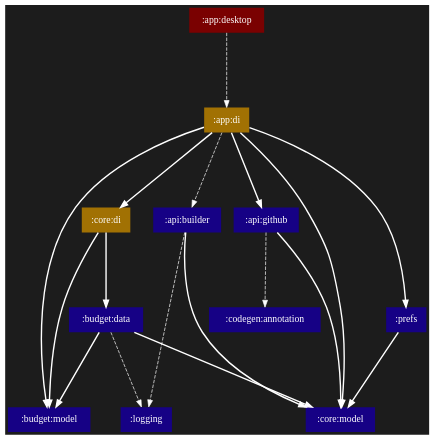
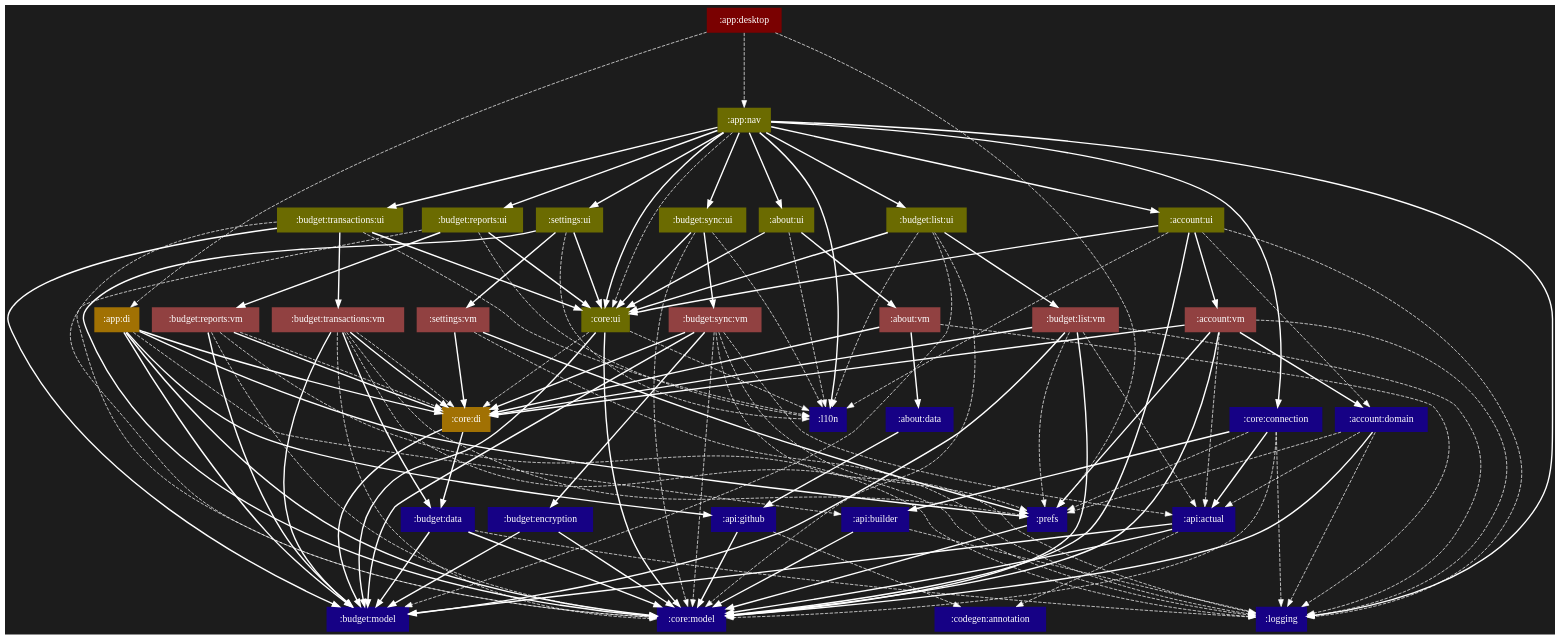
The diagram in app/desktop/atlas/chart.dot (jonapoul/aktual), drawn with Graphviz before and after one commit. The commit also changed 78 other files, not shown here.

```diff
--- a/app/desktop/atlas/chart.dot
+++ b/app/desktop/atlas/chart.dot
@@ -1,33 +1,156 @@
 digraph {
   edge [arrowhead="normal",color="white"]
   graph [layout="dot",bgcolor="#1c1c1c",rankdir="TB",ranksep="1.5"]
   node [shape="box",style="filled",fontcolor="white",color="transparent"]
+  ":about:data" [fillcolor="#160185"]
+  ":about:ui" [fillcolor="#6b6b01"]
+  ":about:vm" [fillcolor="#914141"]
+  ":account:domain" [fillcolor="#160185"]
+  ":account:ui" [fillcolor="#6b6b01"]
+  ":account:vm" [fillcolor="#914141"]
+  ":api:actual" [fillcolor="#160185"]
   ":api:builder" [fillcolor="#160185"]
   ":api:github" [fillcolor="#160185"]
   ":app:desktop" [fillcolor="#7a0101"]
   ":app:di" [fillcolor="#a17103"]
+  ":app:nav" [fillcolor="#6b6b01"]
   ":budget:data" [fillcolor="#160185"]
+  ":budget:encryption" [fillcolor="#160185"]
+  ":budget:list:ui" [fillcolor="#6b6b01"]
+  ":budget:list:vm" [fillcolor="#914141"]
   ":budget:model" [fillcolor="#160185"]
+  ":budget:reports:ui" [fillcolor="#6b6b01"]
+  ":budget:reports:vm" [fillcolor="#914141"]
+  ":budget:sync:ui" [fillcolor="#6b6b01"]
+  ":budget:sync:vm" [fillcolor="#914141"]
+  ":budget:transactions:ui" [fillcolor="#6b6b01"]
+  ":budget:transactions:vm" [fillcolor="#914141"]
   ":codegen:annotation" [fillcolor="#160185"]
+  ":core:connection" [fillcolor="#160185"]
   ":core:di" [fillcolor="#a17103"]
   ":core:model" [fillcolor="#160185"]
+  ":core:ui" [fillcolor="#6b6b01"]
+  ":l10n" [fillcolor="#160185"]
   ":logging" [fillcolor="#160185"]
   ":prefs" [fillcolor="#160185"]
+  ":settings:ui" [fillcolor="#6b6b01"]
+  ":settings:vm" [fillcolor="#914141"]
+  ":about:data" -> ":api:github" [style="bold"]
+  ":about:ui" -> ":about:vm" [style="bold"]
+  ":about:ui" -> ":core:ui" [style="bold"]
+  ":about:ui" -> ":l10n" [style="dashed"]
+  ":about:vm" -> ":about:data" [style="bold"]
+  ":about:vm" -> ":core:di" [style="bold"]
+  ":about:vm" -> ":logging" [style="dashed"]
+  ":account:domain" -> ":api:actual" [style="dashed"]
+  ":account:domain" -> ":core:model" [style="bold"]
+  ":account:domain" -> ":logging" [style="dashed"]
+  ":account:domain" -> ":prefs" [style="dashed"]
+  ":account:ui" -> ":account:domain" [style="dashed"]
+  ":account:ui" -> ":account:vm" [style="bold"]
+  ":account:ui" -> ":core:model" [style="bold"]
+  ":account:ui" -> ":core:ui" [style="bold"]
+  ":account:ui" -> ":l10n" [style="dashed"]
+  ":account:ui" -> ":logging" [style="dashed"]
+  ":account:vm" -> ":account:domain" [style="bold"]
+  ":account:vm" -> ":api:actual" [style="dashed"]
+  ":account:vm" -> ":core:di" [style="bold"]
+  ":account:vm" -> ":core:model" [style="bold"]
+  ":account:vm" -> ":logging" [style="dashed"]
+  ":account:vm" -> ":prefs" [style="bold"]
+  ":api:actual" -> ":budget:model" [style="bold"]
+  ":api:actual" -> ":codegen:annotation" [style="dashed"]
+  ":api:actual" -> ":core:model" [style="bold"]
   ":api:builder" -> ":core:model" [style="bold"]
   ":api:builder" -> ":logging" [style="dashed"]
   ":api:github" -> ":codegen:annotation" [style="dashed"]
   ":api:github" -> ":core:model" [style="bold"]
   ":app:desktop" -> ":app:di" [style="dashed"]
+  ":app:desktop" -> ":app:nav" [style="dashed"]
+  ":app:desktop" -> ":prefs" [style="dashed"]
   ":app:di" -> ":api:builder" [style="dashed"]
   ":app:di" -> ":api:github" [style="bold"]
   ":app:di" -> ":budget:model" [style="bold"]
   ":app:di" -> ":core:di" [style="bold"]
   ":app:di" -> ":core:model" [style="bold"]
   ":app:di" -> ":prefs" [style="bold"]
+  ":app:nav" -> ":about:ui" [style="bold"]
+  ":app:nav" -> ":account:ui" [style="bold"]
+  ":app:nav" -> ":budget:list:ui" [style="bold"]
+  ":app:nav" -> ":budget:reports:ui" [style="bold"]
+  ":app:nav" -> ":budget:sync:ui" [style="bold"]
+  ":app:nav" -> ":budget:transactions:ui" [style="bold"]
+  ":app:nav" -> ":core:connection" [style="bold"]
+  ":app:nav" -> ":core:ui" [style="bold"]
+  ":app:nav" -> ":core:ui" [style="dashed"]
+  ":app:nav" -> ":l10n" [style="bold"]
+  ":app:nav" -> ":logging" [style="bold"]
+  ":app:nav" -> ":settings:ui" [style="bold"]
   ":budget:data" -> ":budget:model" [style="bold"]
   ":budget:data" -> ":core:model" [style="bold"]
   ":budget:data" -> ":logging" [style="dashed"]
+  ":budget:encryption" -> ":budget:model" [style="bold"]
+  ":budget:encryption" -> ":core:model" [style="bold"]
+  ":budget:list:ui" -> ":budget:list:vm" [style="bold"]
+  ":budget:list:ui" -> ":budget:model" [style="dashed"]
+  ":budget:list:ui" -> ":core:model" [style="dashed"]
+  ":budget:list:ui" -> ":core:ui" [style="bold"]
+  ":budget:list:ui" -> ":l10n" [style="dashed"]
+  ":budget:list:vm" -> ":api:actual" [style="dashed"]
+  ":budget:list:vm" -> ":budget:model" [style="bold"]
+  ":budget:list:vm" -> ":core:di" [style="bold"]
+  ":budget:list:vm" -> ":core:model" [style="bold"]
+  ":budget:list:vm" -> ":logging" [style="dashed"]
+  ":budget:list:vm" -> ":prefs" [style="dashed"]
+  ":budget:reports:ui" -> ":budget:reports:vm" [style="bold"]
+  ":budget:reports:ui" -> ":core:model" [style="dashed"]
+  ":budget:reports:ui" -> ":core:ui" [style="bold"]
+  ":budget:reports:ui" -> ":l10n" [style="dashed"]
+  ":budget:reports:vm" -> ":budget:model" [style="bold"]
+  ":budget:reports:vm" -> ":core:di" [style="bold"]
+  ":budget:reports:vm" -> ":core:di" [style="dashed"]
+  ":budget:reports:vm" -> ":core:model" [style="dashed"]
+  ":budget:reports:vm" -> ":logging" [style="dashed"]
+  ":budget:sync:ui" -> ":budget:sync:vm" [style="bold"]
+  ":budget:sync:ui" -> ":core:model" [style="dashed"]
+  ":budget:sync:ui" -> ":core:ui" [style="bold"]
+  ":budget:sync:ui" -> ":l10n" [style="dashed"]
+  ":budget:sync:vm" -> ":api:actual" [style="dashed"]
+  ":budget:sync:vm" -> ":budget:encryption" [style="bold"]
+  ":budget:sync:vm" -> ":budget:model" [style="bold"]
+  ":budget:sync:vm" -> ":core:di" [style="bold"]
+  ":budget:sync:vm" -> ":core:model" [style="dashed"]
+  ":budget:sync:vm" -> ":logging" [style="dashed"]
+  ":budget:sync:vm" -> ":prefs" [style="dashed"]
+  ":budget:transactions:ui" -> ":budget:model" [style="bold"]
+  ":budget:transactions:ui" -> ":budget:transactions:vm" [style="bold"]
+  ":budget:transactions:ui" -> ":core:model" [style="dashed"]
+  ":budget:transactions:ui" -> ":core:ui" [style="bold"]
+  ":budget:transactions:ui" -> ":l10n" [style="dashed"]
+  ":budget:transactions:vm" -> ":budget:data" [style="bold"]
+  ":budget:transactions:vm" -> ":budget:model" [style="bold"]
+  ":budget:transactions:vm" -> ":core:di" [style="bold"]
+  ":budget:transactions:vm" -> ":core:di" [style="dashed"]
+  ":budget:transactions:vm" -> ":core:model" [style="dashed"]
+  ":budget:transactions:vm" -> ":logging" [style="dashed"]
+  ":budget:transactions:vm" -> ":prefs" [style="dashed"]
+  ":core:connection" -> ":api:actual" [style="bold"]
+  ":core:connection" -> ":api:builder" [style="bold"]
+  ":core:connection" -> ":core:model" [style="dashed"]
+  ":core:connection" -> ":logging" [style="dashed"]
+  ":core:connection" -> ":prefs" [style="dashed"]
   ":core:di" -> ":budget:data" [style="bold"]
   ":core:di" -> ":budget:model" [style="bold"]
+  ":core:ui" -> ":budget:model" [style="bold"]
+  ":core:ui" -> ":core:di" [style="dashed"]
+  ":core:ui" -> ":core:model" [style="bold"]
+  ":core:ui" -> ":l10n" [style="dashed"]
   ":prefs" -> ":core:model" [style="bold"]
+  ":settings:ui" -> ":core:model" [style="bold"]
+  ":settings:ui" -> ":core:ui" [style="bold"]
+  ":settings:ui" -> ":l10n" [style="dashed"]
+  ":settings:ui" -> ":settings:vm" [style="bold"]
+  ":settings:vm" -> ":core:di" [style="bold"]
+  ":settings:vm" -> ":logging" [style="dashed"]
+  ":settings:vm" -> ":prefs" [style="bold"]
 }
```
